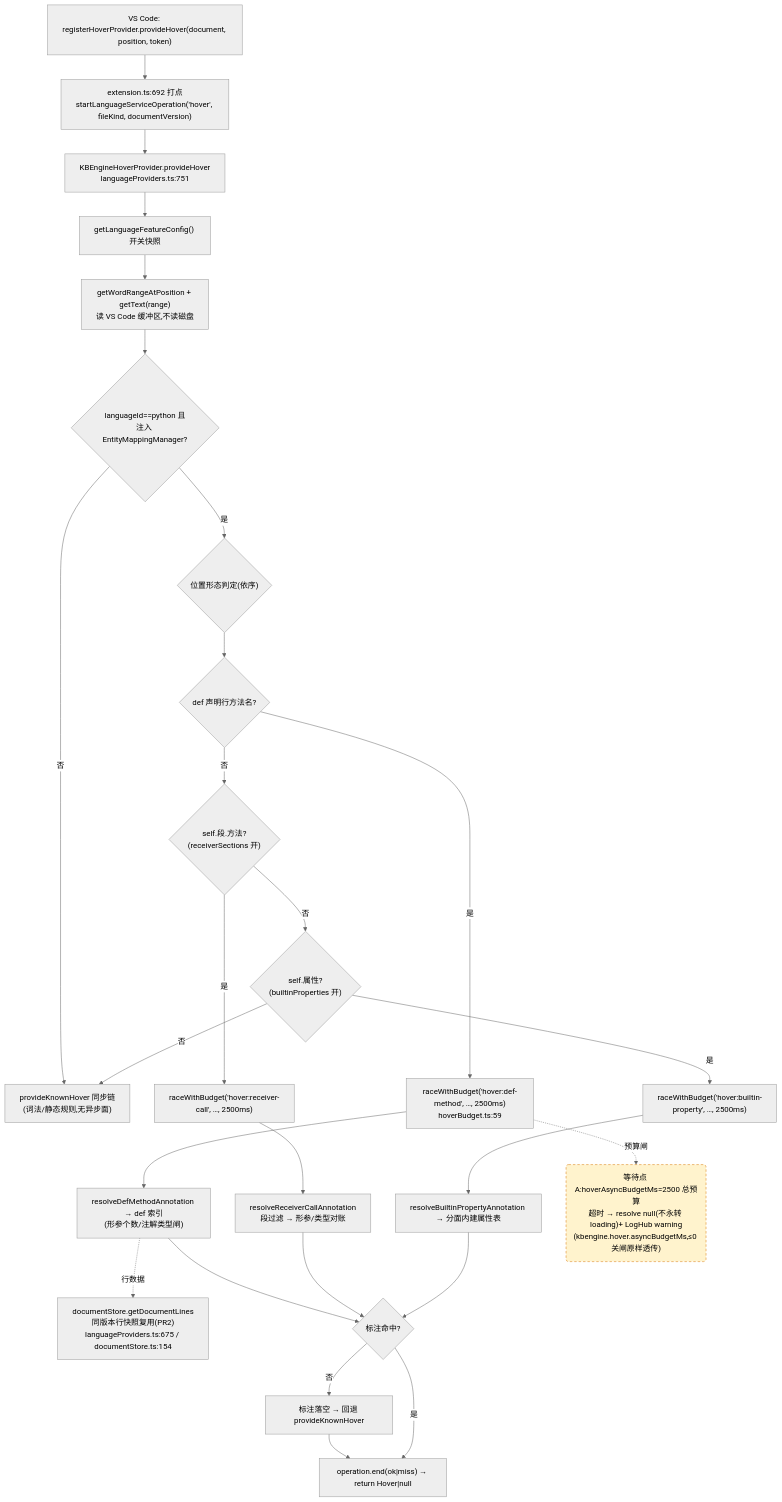
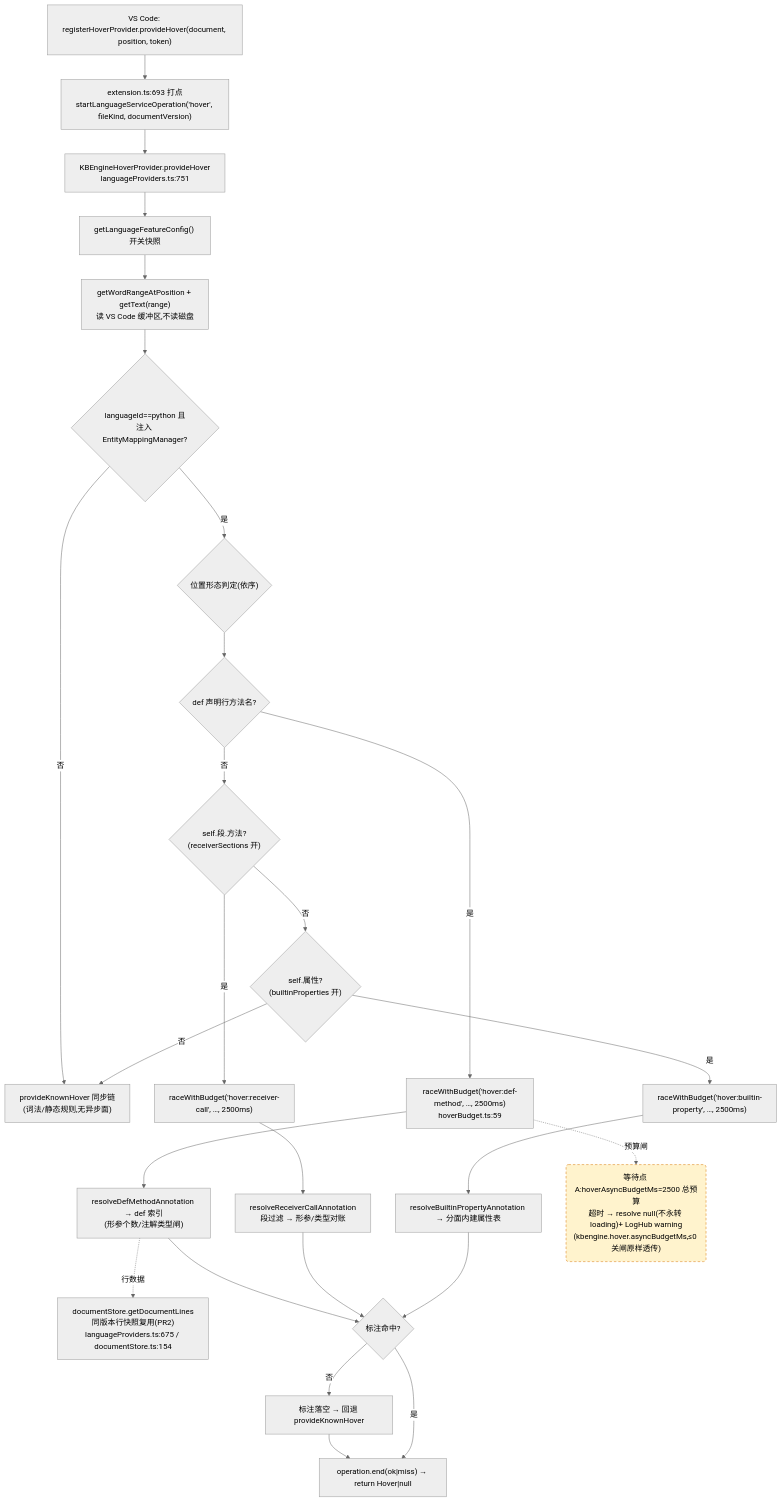
One commit to cuihairu/kode changed the first of 4 diagrams in docs/perf/2026-baseline.md. Above: the diagram before and after it, drawn with Mermaid (neutral theme). The commit also changed other lines of this file and 10 other files, not shown here.

````diff
--- a/docs/perf/2026-baseline.md
+++ b/docs/perf/2026-baseline.md
@@ -82,45 +82,45 @@
 ```mermaid
 flowchart TD
   VC1["VS Code: registerHoverProvider.provideHover(document, position, token)"]
-  M1["extension.ts:692 打点<br/>startLanguageServiceOperation('hover', fileKind, documentVersion)"]
+  M1["extension.ts:693 打点<br/>startLanguageServiceOperation('hover', fileKind, documentVersion)"]
   HP["KBEngineHoverProvider.provideHover<br/>languageProviders.ts:751"]
   CFG["getLanguageFeatureConfig() 开关快照"]
   WORD["getWordRangeAtPosition + getText(range)<br/>读 VS Code 缓冲区,不读磁盘"]
   BR{"languageId==python 且<br/>注入 EntityMappingManager?"}
   KN["provideKnownHover 同步链<br/>(词法/静态规则,无异步面)"]
   POS{"位置形态判定(依序)"}
   D1{"def 声明行方法名?"}
   D2{"self.段.方法?<br/>(receiverSections 开)"}
   D3{"self.属性?<br/>(builtinProperties 开)"}
   RA1["raceWithBudget('hover:def-method', …, 2500ms)<br/>hoverBudget.ts:59"]
   RA2["raceWithBudget('hover:receiver-call', …, 2500ms)"]
   RA3["raceWithBudget('hover:builtin-property', …, 2500ms)"]
   RS1["resolveDefMethodAnnotation → def 索引<br/>(形参个数/注解类型闸)"]
   RS2["resolveReceiverCallAnnotation<br/>段过滤 → 形参/类型对账"]
   RS3["resolveBuiltinPropertyAnnotation → 分面内建属性表"]
   LINES["documentStore.getDocumentLines<br/>同版本行快照复用(PR2)<br/>languageProviders.ts:675 / documentStore.ts:154"]
   MISS["标注落空 → 回退 provideKnownHover"]
   END1["operation.end(ok|miss) → return Hover|null"]
 
   VC1 --> M1 --> HP --> CFG --> WORD --> BR
   BR -- "否" --> KN
   BR -- "是" --> POS --> D1
   D1 -- "是" --> RA1 --> RS1
   D1 -- "否" --> D2
   D2 -- "是" --> RA2 --> RS2
   D2 -- "否" --> D3
   D3 -- "是" --> RA3 --> RS3
   D3 -- "否" --> KN
   RS1 --> HIT{"标注命中?"}
   RS2 --> HIT
   RS3 --> HIT
   RS1 -.->|行数据| LINES
   HIT -- "否" --> MISS --> END1
   HIT -- "是" --> END1
 
   WAITA("等待点 A:hoverAsyncBudgetMs=2500 总预算<br/>超时 → resolve null(不永转 loading)+ LogHub warning<br/>(kbengine.hover.asyncBudgetMs,≤0 关闸原样透传)")
   RA1 -.->|预算闸| WAITA
 
   classDef waitPoint fill:#fff3cd,stroke:#d97706,stroke-dasharray:5 4;
   class WAITA waitPoint;
 ```
````
